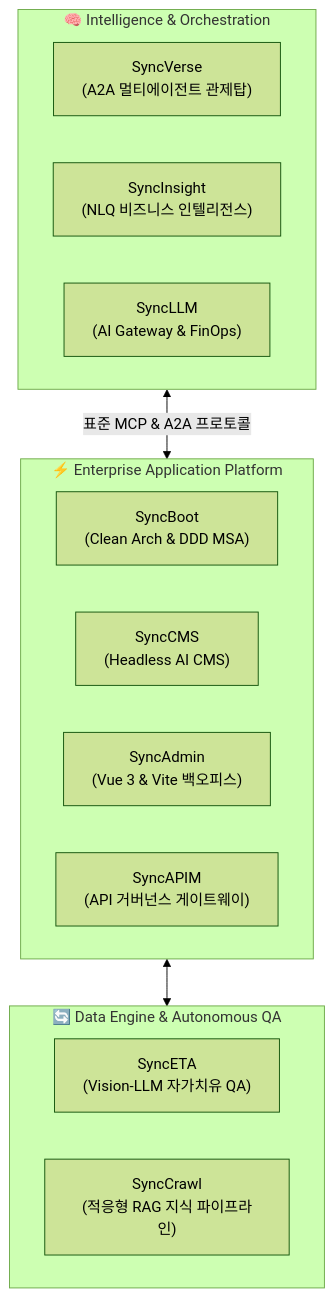
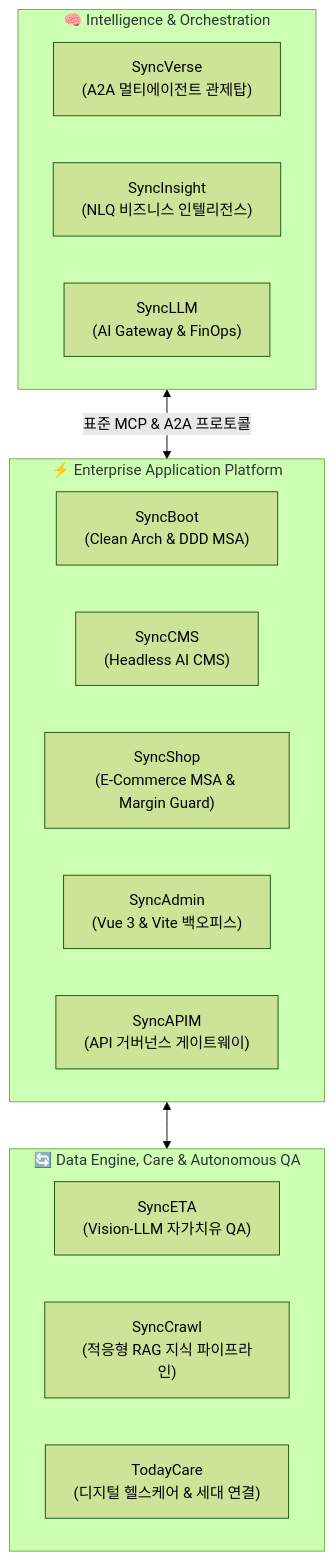
The diagram in profile/README.md (DramaticCollaboration/.github), drawn with Mermaid (forest theme) before and after one commit. The commit also changed other lines of this file and 5 other files, not shown here.

Commit message:
feat: enrich profile with SyncShop & TodayCare, add community health templates

````diff
--- a/profile/README.md
+++ b/profile/README.md
@@ -25,23 +25,25 @@
 ```mermaid
 flowchart TD
     subgraph Intelligence ["🧠 Intelligence & Orchestration"]
         SV["SyncVerse<br/>(A2A 멀티에이전트 관제탑)"]
         SI["SyncInsight<br/>(NLQ 비즈니스 인텔리전스)"]
         SL["SyncLLM<br/>(AI Gateway & FinOps)"]
     end
 
     subgraph Platform ["⚡ Enterprise Application Platform"]
         SB["SyncBoot<br/>(Clean Arch & DDD MSA)"]
         SC["SyncCMS<br/>(Headless AI CMS)"]
+        SH["SyncShop<br/>(E-Commerce MSA & Margin Guard)"]
         SA["SyncAdmin<br/>(Vue 3 & Vite 백오피스)"]
         AP["SyncAPIM<br/>(API 거버넌스 게이트웨이)"]
     end
 
-    subgraph DataQA ["🔄 Data Engine & Autonomous QA"]
+    subgraph DataQA ["🔄 Data Engine, Care & Autonomous QA"]
         SE["SyncETA<br/>(Vision-LLM 자가치유 QA)"]
         CR["SyncCrawl<br/>(적응형 RAG 지식 파이프라인)"]
+        TC["TodayCare<br/>(디지털 헬스케어 & 세대 연결)"]
     end
 
     Intelligence <-->|표준 MCP & A2A 프로토콜| Platform
     Platform <--> DataQA
 ```
````
